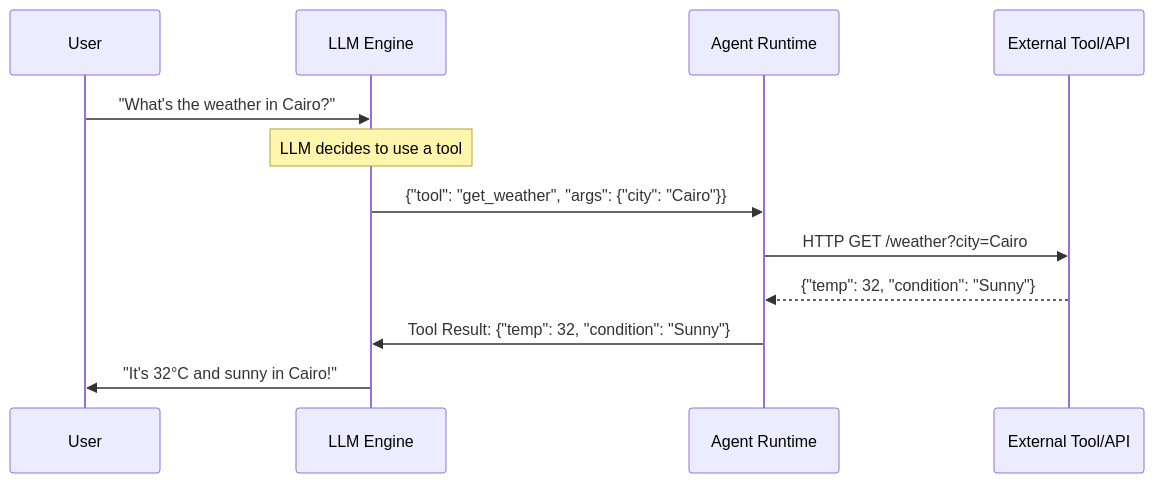
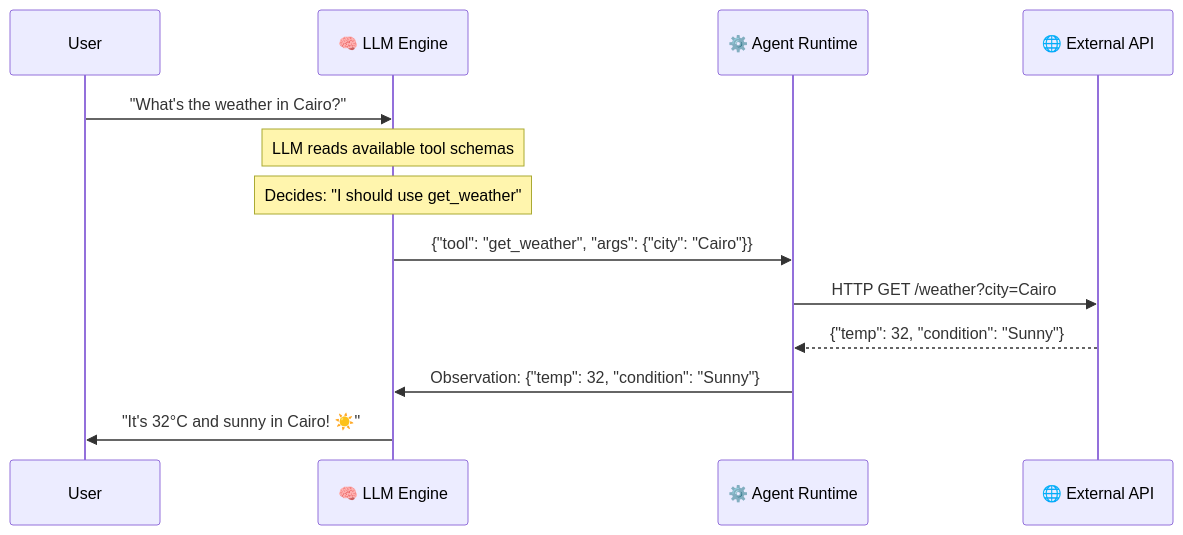
The diagram in Agentic_AI/04-tool-use.md (YoussefAshraf711/Wiki), drawn with Mermaid before and after one commit. The commit also changed other lines of this file and 6 other files, not shown here.

````diff
--- a/Agentic_AI/04-tool-use.md
+++ b/Agentic_AI/04-tool-use.md
@@ -14,15 +31,16 @@
 ```mermaid
 sequenceDiagram
     participant User
-    participant LLM as LLM Engine
-    participant Runtime as Agent Runtime
-    participant Tool as External Tool/API
+    participant LLM as 🧠 LLM Engine
+    participant Runtime as ⚙️ Agent Runtime
+    participant Tool as 🌐 External API
 
     User->>LLM: "What's the weather in Cairo?"
-    Note over LLM: LLM decides to use a tool
+    Note over LLM: LLM reads available tool schemas
+    Note over LLM: Decides: "I should use get_weather"
     LLM->>Runtime: {"tool": "get_weather", "args": {"city": "Cairo"}}
     Runtime->>Tool: HTTP GET /weather?city=Cairo
     Tool-->>Runtime: {"temp": 32, "condition": "Sunny"}
-    Runtime->>LLM: Tool Result: {"temp": 32, "condition": "Sunny"}
-    LLM->>User: "It's 32°C and sunny in Cairo!"
+    Runtime->>LLM: Observation: {"temp": 32, "condition": "Sunny"}
+    LLM->>User: "It's 32°C and sunny in Cairo! ☀️"
 ```
````
